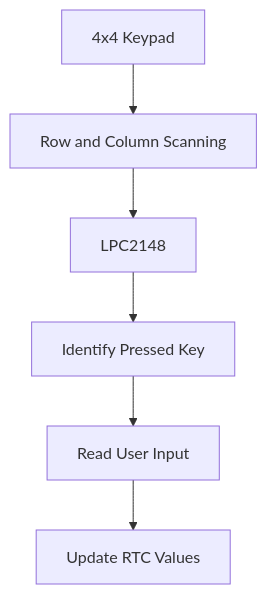
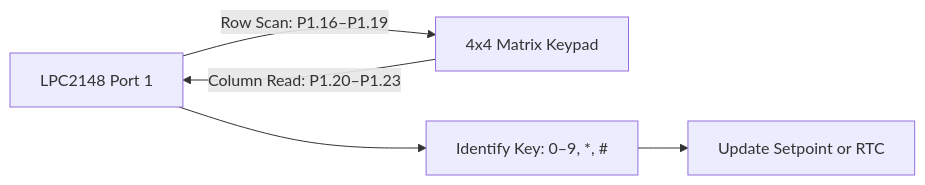
One commit to maghambhanu/LPC2148-Industrial-Environment-Monitor changed the fifth of 10 diagrams in README.md. Above: the diagram before and after it, drawn with Mermaid. The commit also changed other lines of this file, not shown here.

````diff
--- a/README.md
+++ b/README.md
@@ -232,8 +213,7 @@
 ```mermaid
-flowchart TD
-    A[4x4 Keypad] --> B[Row and Column Scanning]
-    B --> C[LPC2148]
-    C --> D[Identify Pressed Key]
-    D --> E[Read User Input]
-    E --> F[Update RTC Values]
+flowchart LR
+    A[LPC2148 Port 1] -->|Row Scan: P1.16–P1.19| B[4x4 Matrix Keypad]
+    B -->|Column Read: P1.20–P1.23| A
+    A --> C[Identify Key: 0–9, *, #]
+    C --> D[Update Setpoint or RTC]
 ```
````
